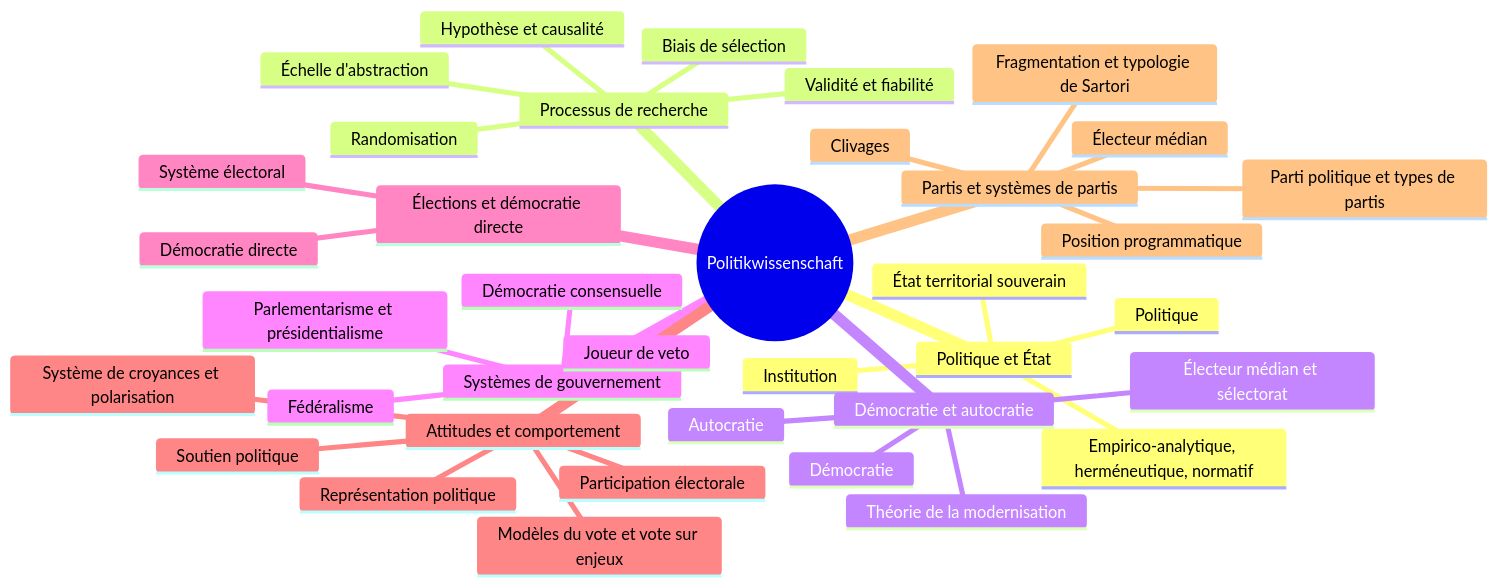
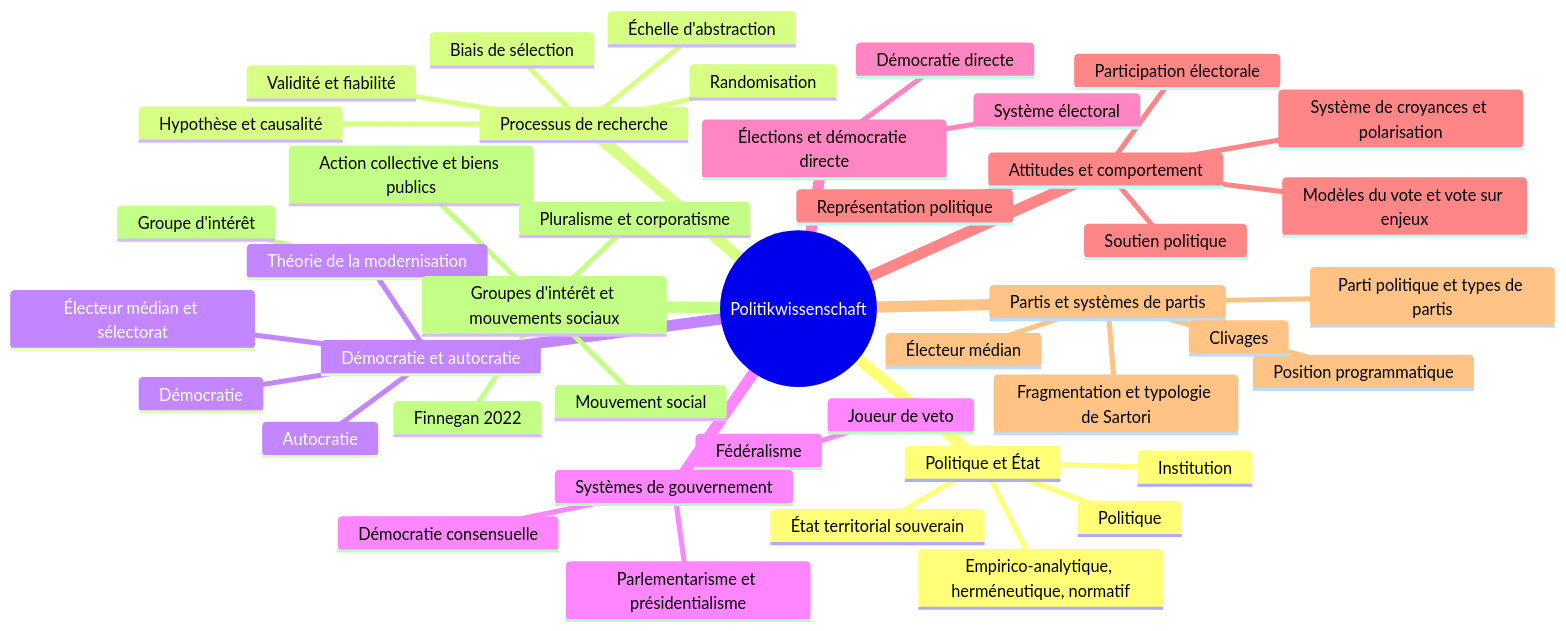
One commit to aidraxowl/NEXUS changed the diagram in NEXUS/09-Learning/Course-Maps/HS26 - Politikwissenschaft.md. Above: the diagram before and after it, drawn with Mermaid. The commit also changed other lines of this file and 23 other files, not shown here.

````diff
--- a/NEXUS/09-Learning/Course-Maps/HS26 - Politikwissenschaft.md
+++ b/NEXUS/09-Learning/Course-Maps/HS26 - Politikwissenschaft.md
@@ -21,40 +21,46 @@
 ```mermaid
 mindmap
   root((Politikwissenschaft))
     Politique et État
       Politique
       Institution
       État territorial souverain
       Empirico-analytique, herméneutique, normatif
     Processus de recherche
       Hypothèse et causalité
       Échelle d'abstraction
       Validité et fiabilité
       Randomisation
       Biais de sélection
     Démocratie et autocratie
       Démocratie
       Autocratie
       Électeur médian et sélectorat
       Théorie de la modernisation
     Systèmes de gouvernement
       Parlementarisme et présidentialisme
       Fédéralisme
       Démocratie consensuelle
       Joueur de veto
     Élections et démocratie directe
       Système électoral
       Démocratie directe
     Attitudes et comportement
       Soutien politique
       Système de croyances et polarisation
       Participation électorale
       Modèles du vote et vote sur enjeux
       Représentation politique
     Partis et systèmes de partis
       Parti politique et types de partis
       Position programmatique
       Électeur médian
       Fragmentation et typologie de Sartori
       Clivages
+    Groupes d'intérêt et mouvements sociaux
+      Action collective et biens publics
+      Groupe d'intérêt
+      Pluralisme et corporatisme
+      Mouvement social
+      Finnegan 2022
 ```
````
